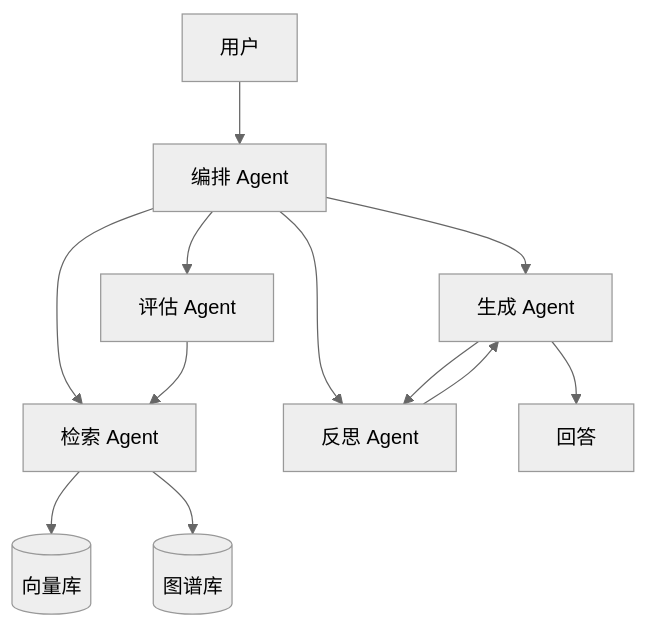
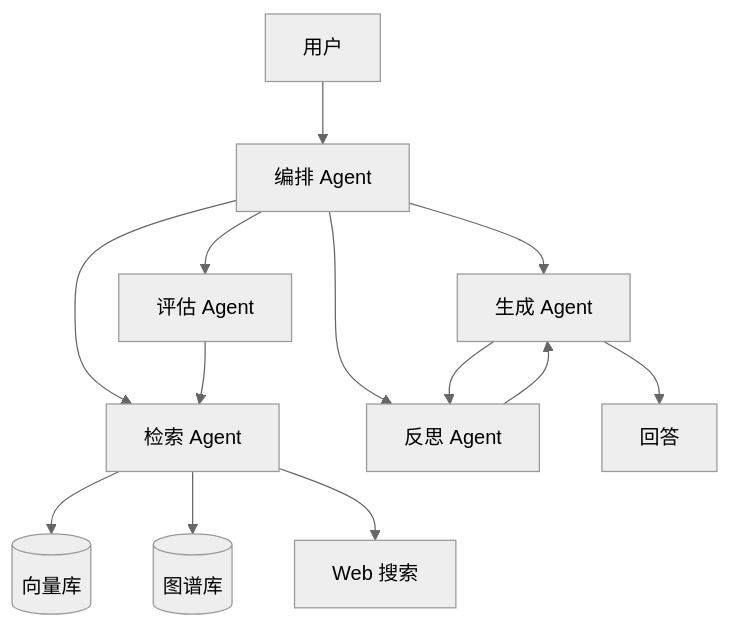
The seventh of 17 diagrams in docs/research/000-cognitive-enhancement.md (ThreeFish-AI/negentropy), drawn with Mermaid (neutral theme) before and after one commit. The commit also changed other lines of this file and 1 other file, not shown here.

````diff
--- a/docs/research/000-cognitive-enhancement.md
+++ b/docs/research/000-cognitive-enhancement.md
@@ -398,18 +251,19 @@
 ```mermaid
 flowchart TB
     User[用户] --> Orchestrator[编排 Agent]
 
     Orchestrator --> Retriever[检索 Agent]
     Orchestrator --> Grader[评估 Agent]
     Orchestrator --> Generator[生成 Agent]
     Orchestrator --> Reflector[反思 Agent]
 
     Retriever --> VectorDB[(向量库)]
     Retriever --> GraphDB[(图谱库)]
+    Retriever --> WebSearch[Web 搜索]
 
     Grader --> Retriever
     Generator --> Reflector
     Reflector --> Generator
 
     Generator --> Response[回答]
 ```
````
